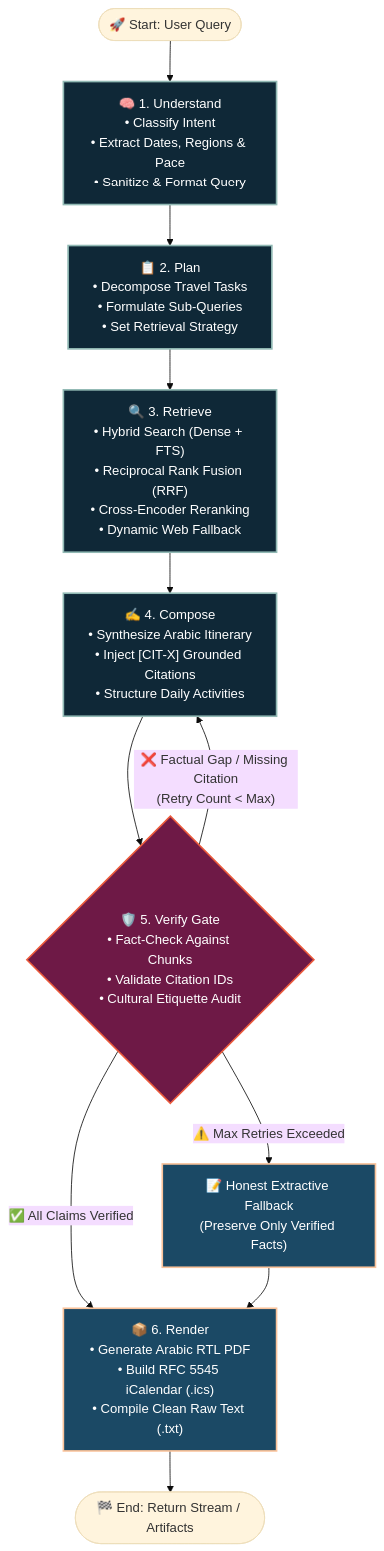
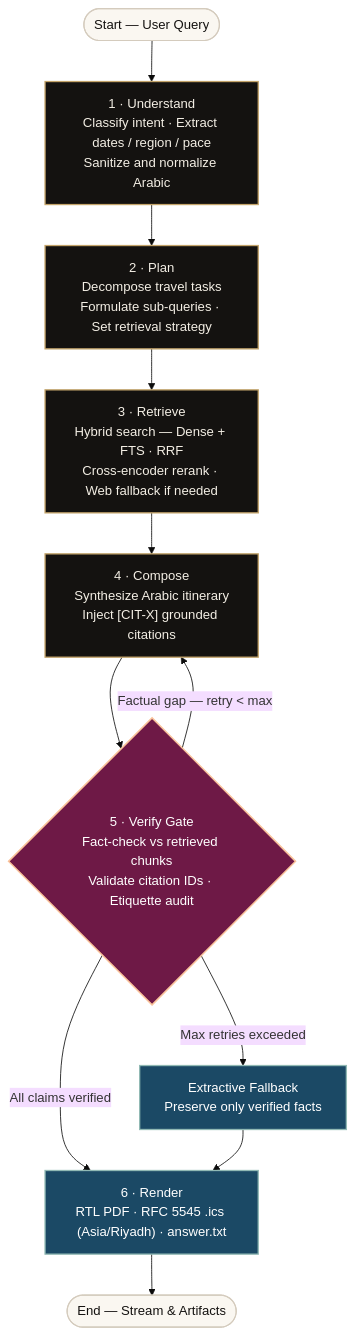
Before and after one commit to NBTON/Sard: the first of 3 diagrams in README.md, drawn with Mermaid (base theme). The commit also changed other lines of this file and 1 other file, not shown here.

````diff
--- a/README.md
+++ b/README.md
@@ -65,30 +65,23 @@
 ```mermaid
+%% Sard LangGraph pipeline — 6 stages + verify gate with bounded retry
 flowchart TD
-    START([🚀 Start: User Query]) --> NodeUnderstand["🧠 1. Understand<br/>• Classify Intent<br/>• Extract Dates, Regions & Pace<br/>• Sanitize & Format Query"]
-    
-    NodeUnderstand --> NodePlan["📋 2. Plan<br/>• Decompose Travel Tasks<br/>• Formulate Sub-Queries<br/>• Set Retrieval Strategy"]
-    
-    NodePlan --> NodeRetrieve["🔍 3. Retrieve<br/>• Hybrid Search (Dense + FTS)<br/>• Reciprocal Rank Fusion (RRF)<br/>• Cross-Encoder Reranking<br/>• Dynamic Web Fallback"]
-    
-    NodeRetrieve --> NodeCompose["✍️ 4. Compose<br/>• Synthesize Arabic Itinerary<br/>• Inject [CIT-X] Grounded Citations<br/>• Structure Daily Activities"]
-    
-    NodeCompose --> NodeVerify{"🛡️ 5. Verify Gate<br/>• Fact-Check Against Chunks<br/>• Validate Citation IDs<br/>• Cultural Etiquette Audit"}
-    
-    NodeVerify -- "❌ Factual Gap / Missing Citation<br/>(Retry Count < Max)" --> NodeCompose
-    
-    NodeVerify -- "⚠️ Max Retries Exceeded" --> NodeExtractive["📝 Honest Extractive Fallback<br/>(Preserve Only Verified Facts)"]
-    
-    NodeVerify -- "✅ All Claims Verified" --> NodeRender["📦 6. Render<br/>• Generate Arabic RTL PDF<br/>• Build RFC 5545 iCalendar (.ics)<br/>• Compile Clean Raw Text (.txt)"]
-    
-    NodeExtractive --> NodeRender
-    
-    NodeRender --> END([🏁 End: Return Stream / Artifacts])
+    START([Start — User Query]) --> U["1 · Understand<br/>Classify intent · Extract dates / region / pace<br/>Sanitize and normalize Arabic"]
+    U --> P["2 · Plan<br/>Decompose travel tasks<br/>Formulate sub-queries · Set retrieval strategy"]
+    P --> R["3 · Retrieve<br/>Hybrid search — Dense + FTS · RRF<br/>Cross-encoder rerank · Web fallback if needed"]
+    R --> C["4 · Compose<br/>Synthesize Arabic itinerary<br/>Inject [CIT-X] grounded citations"]
+    C --> V{"5 · Verify Gate<br/>Fact-check vs retrieved chunks<br/>Validate citation IDs · Etiquette audit"}
+    V -- "Factual gap — retry < max" --> C
+    V -- "Max retries exceeded" --> E["Extractive Fallback<br/>Preserve only verified facts"]
+    V -- "All claims verified" --> N["6 · Render<br/>RTL PDF · RFC 5545 .ics (Asia/Riyadh) · answer.txt"]
+    E --> N
+    N --> END([End — Stream & Artifacts])
 
-    classDef stage fill:#0F2837,stroke:#91B9B4,stroke-width:2px,color:#fff;
-    classDef gate fill:#6E1946,stroke:#EB5A3C,stroke-width:2px,color:#fff;
-    classDef output fill:#1B4965,stroke:#FAC39B,stroke-width:2px,color:#fff;
-    
-    class NodeUnderstand,NodePlan,NodeRetrieve,NodeCompose stage;
-    class NodeVerify gate;
-    class NodeRender,NodeExtractive output;
+    classDef stage fill:#141210,stroke:#C4A46A,stroke-width:1.6px,color:#F3EEE4;
+    classDef gate fill:#6E1946,stroke:#FAC39B,stroke-width:1.8px,color:#FFFFFF;
+    classDef output fill:#1B4965,stroke:#91B9B4,stroke-width:1.6px,color:#FFFFFF;
+    classDef term fill:#FAF7F1,stroke:#D4CBBD,stroke-width:1.4px,color:#141210;
+    class U,P,R,C stage;
+    class V gate;
+    class N,E output;
+    class START,END term;
 ```
````
